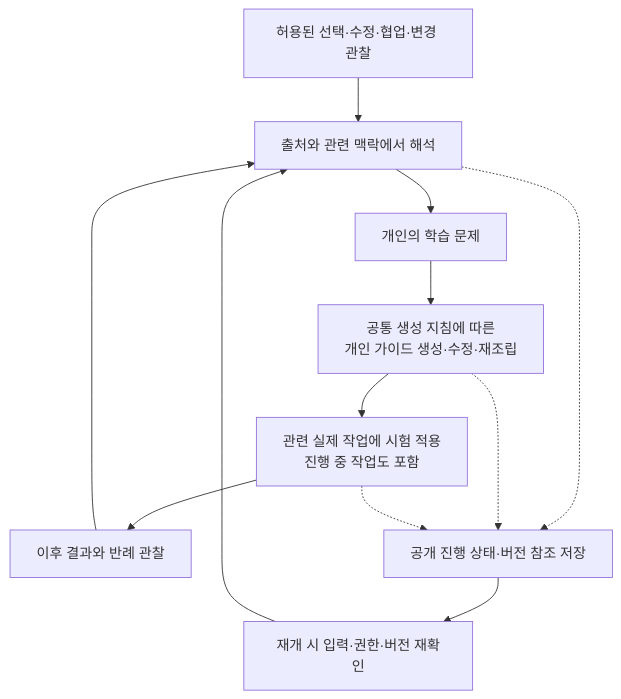
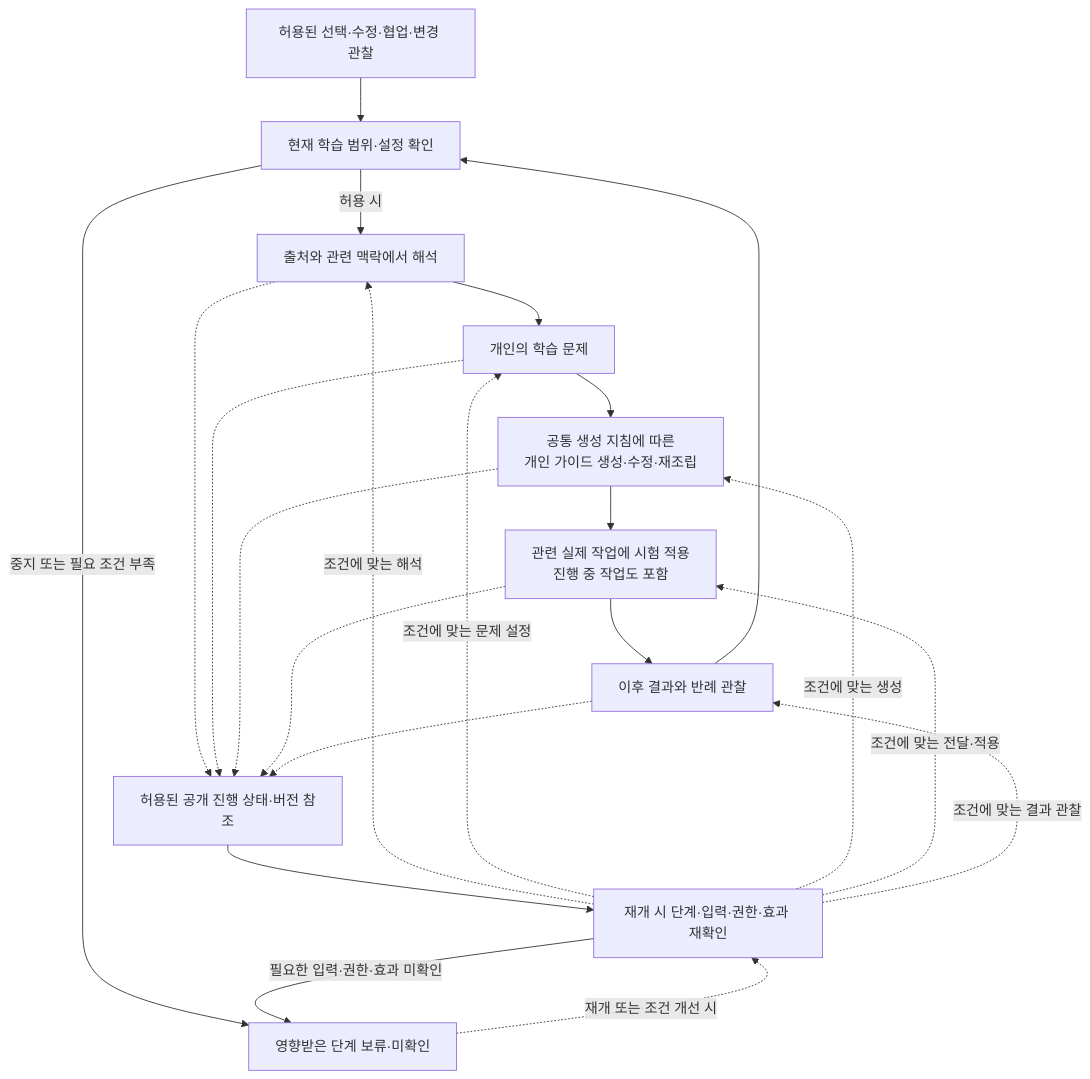
One commit to ParkerHwang/OpenSocrates changed the second of 2 diagrams in docs/v2.0/SYSTEM_2.0.ko.md. Above: the diagram before and after it, drawn with Mermaid. The commit also changed other lines of this file and 7 other files, not shown here.

````diff
--- a/docs/v2.0/SYSTEM_2.0.ko.md
+++ b/docs/v2.0/SYSTEM_2.0.ko.md
@@ -197,18 +197,32 @@
 ```mermaid
 flowchart TD
     signal["허용된 선택·수정·협업·변경 관찰"]
+    eligibility["현재 학습 범위·설정 확인"]
     assess["출처와 관련 맥락에서 해석"]
     issue["개인의 학습 문제"]
     propose["공통 생성 지침에 따른<br/>개인 가이드 생성·수정·재조립"]
     apply["관련 실제 작업에 시험 적용<br/>진행 중 작업도 포함"]
     observe["이후 결과와 반례 관찰"]
-    checkpoint["공개 진행 상태·버전 참조 저장"]
-    resume["재개 시 입력·권한·버전 재확인"]
+    checkpoint["허용된 공개 진행 상태·버전 참조"]
+    resume["재개 시 단계·입력·권한·효과 재확인"]
+    waiting["영향받은 단계 보류·미확인"]
 
-    signal --> assess --> issue --> propose --> apply --> observe
-    observe --> assess
+    signal --> eligibility
+    eligibility -->|"허용 시"| assess
+    assess --> issue --> propose --> apply --> observe
+    observe --> eligibility
+    eligibility -->|"중지 또는 필요 조건 부족"| waiting
     assess -.-> checkpoint
+    issue -.-> checkpoint
     propose -.-> checkpoint
     apply -.-> checkpoint
-    checkpoint --> resume --> assess
+    observe -.-> checkpoint
+    checkpoint --> resume
+    resume -.->|"조건에 맞는 해석"| assess
+    resume -.->|"조건에 맞는 문제 설정"| issue
+    resume -.->|"조건에 맞는 생성"| propose
+    resume -.->|"조건에 맞는 전달·적용"| apply
+    resume -.->|"조건에 맞는 결과 관찰"| observe
+    resume -->|"필요한 입력·권한·효과 미확인"| waiting
+    waiting -.->|"재개 또는 조건 개선 시"| resume
 ```
````
